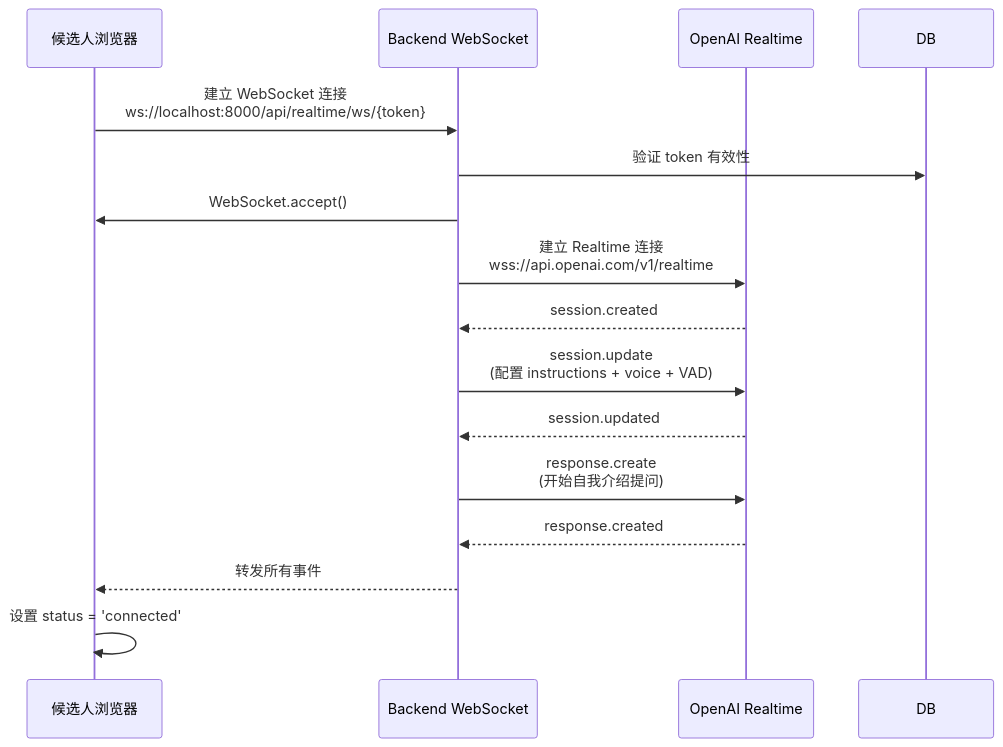
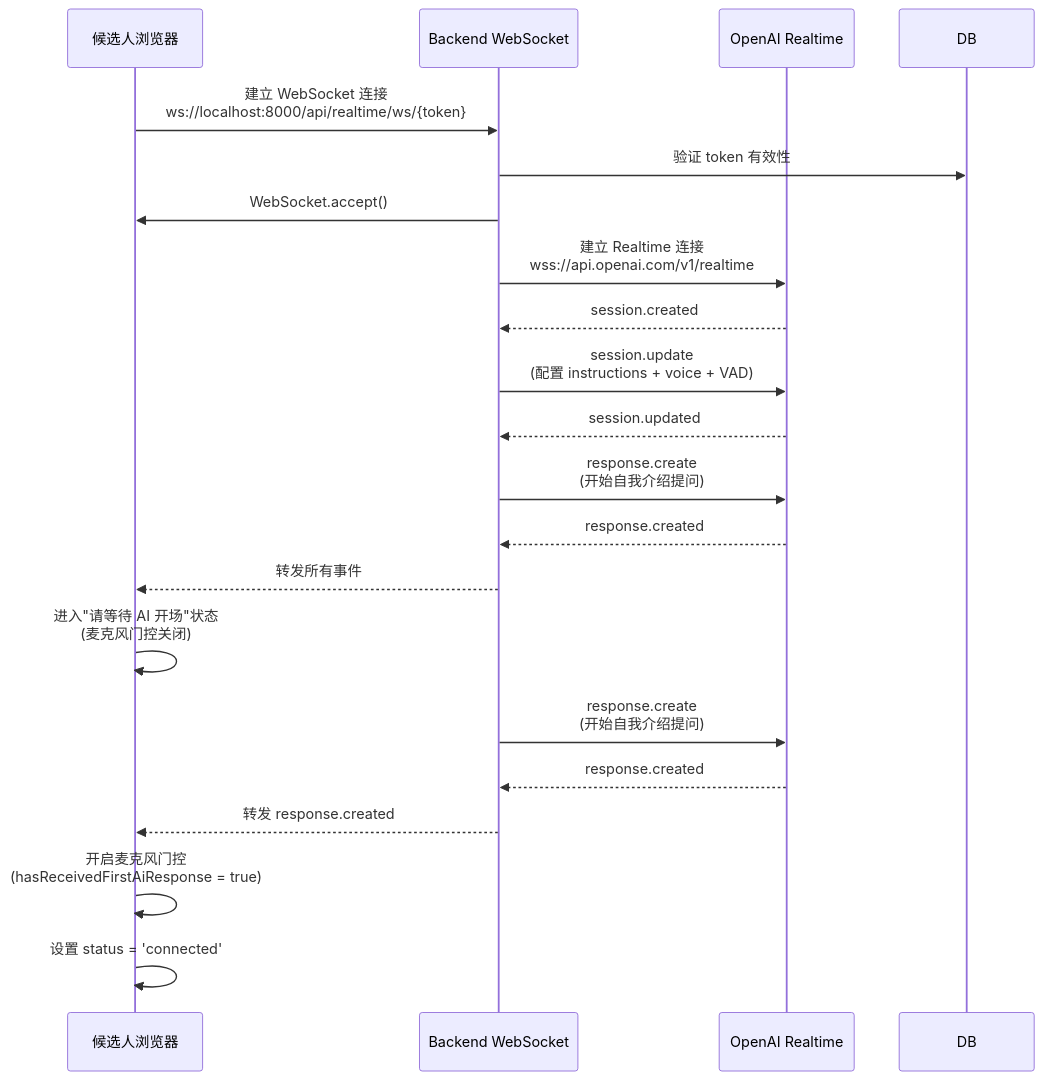
The second of 8 diagrams in spec_doc/03_features/03.2_realtime_interview.md (cziwen/AI_Interviewer), drawn with Mermaid before and after one commit. The commit also changed other lines of this file and 13 other files, not shown here.

````diff
--- a/spec_doc/03_features/03.2_realtime_interview.md
+++ b/spec_doc/03_features/03.2_realtime_interview.md
@@ -73,22 +74,29 @@
 ```mermaid
 sequenceDiagram
     participant C as 候选人浏览器
     participant WS as Backend WebSocket
     participant RT as OpenAI Realtime
 
     C->>WS: 建立 WebSocket 连接<br/>ws://localhost:8000/api/realtime/ws/{token}
     WS->>DB: 验证 token 有效性
     WS->>C: WebSocket.accept()
 
     WS->>RT: 建立 Realtime 连接<br/>wss://api.openai.com/v1/realtime
     RT-->>WS: session.created
 
     WS->>RT: session.update<br/>(配置 instructions + voice + VAD)
     RT-->>WS: session.updated
 
     WS->>RT: response.create<br/>(开始自我介绍提问)
     RT-->>WS: response.created
 
     WS-->>C: 转发所有事件
+    C->>C: 进入"请等待 AI 开场"状态<br/>(麦克风门控关闭)
+    
+    WS->>RT: response.create<br/>(开始自我介绍提问)
+    RT-->>WS: response.created
+    WS-->>C: 转发 response.created
+    C->>C: 开启麦克风门控<br/>(hasReceivedFirstAiResponse = true)
+
     C->>C: 设置 status = 'connected'
 ```
````
